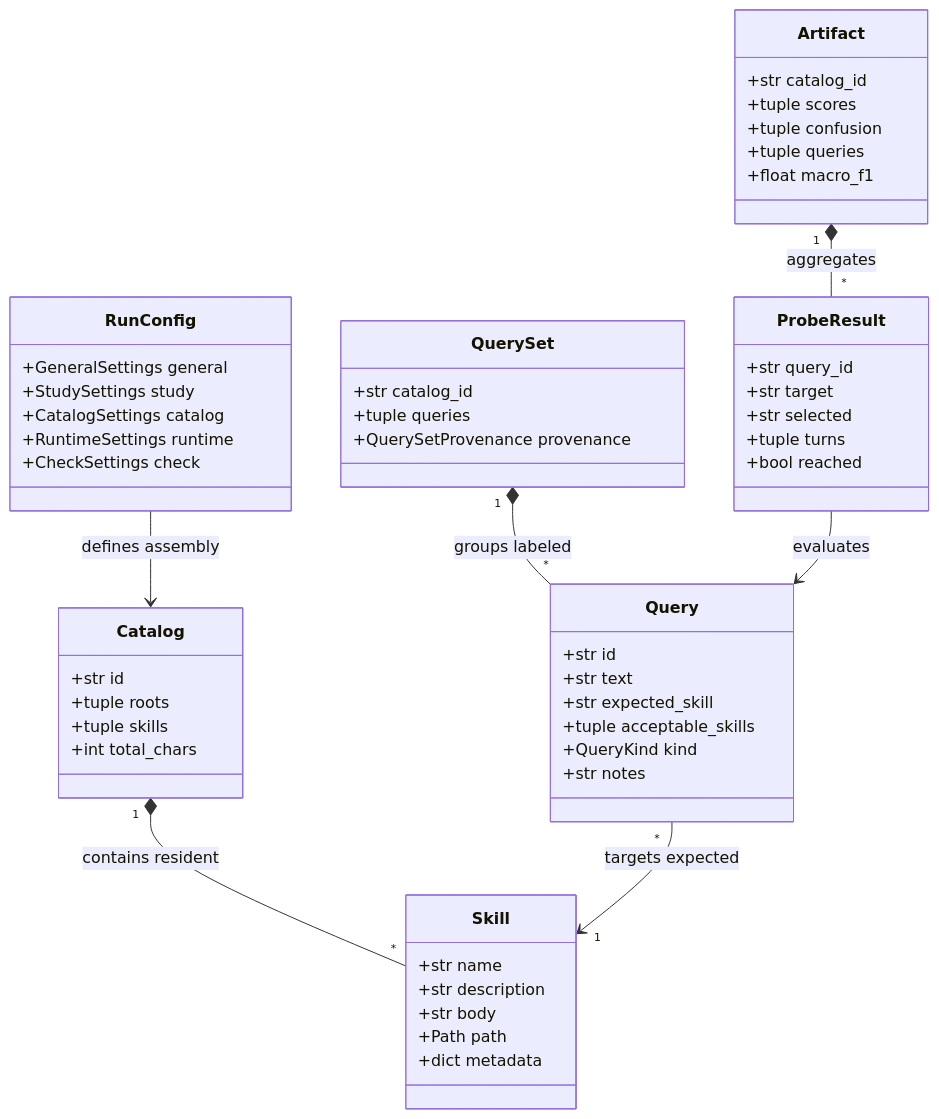
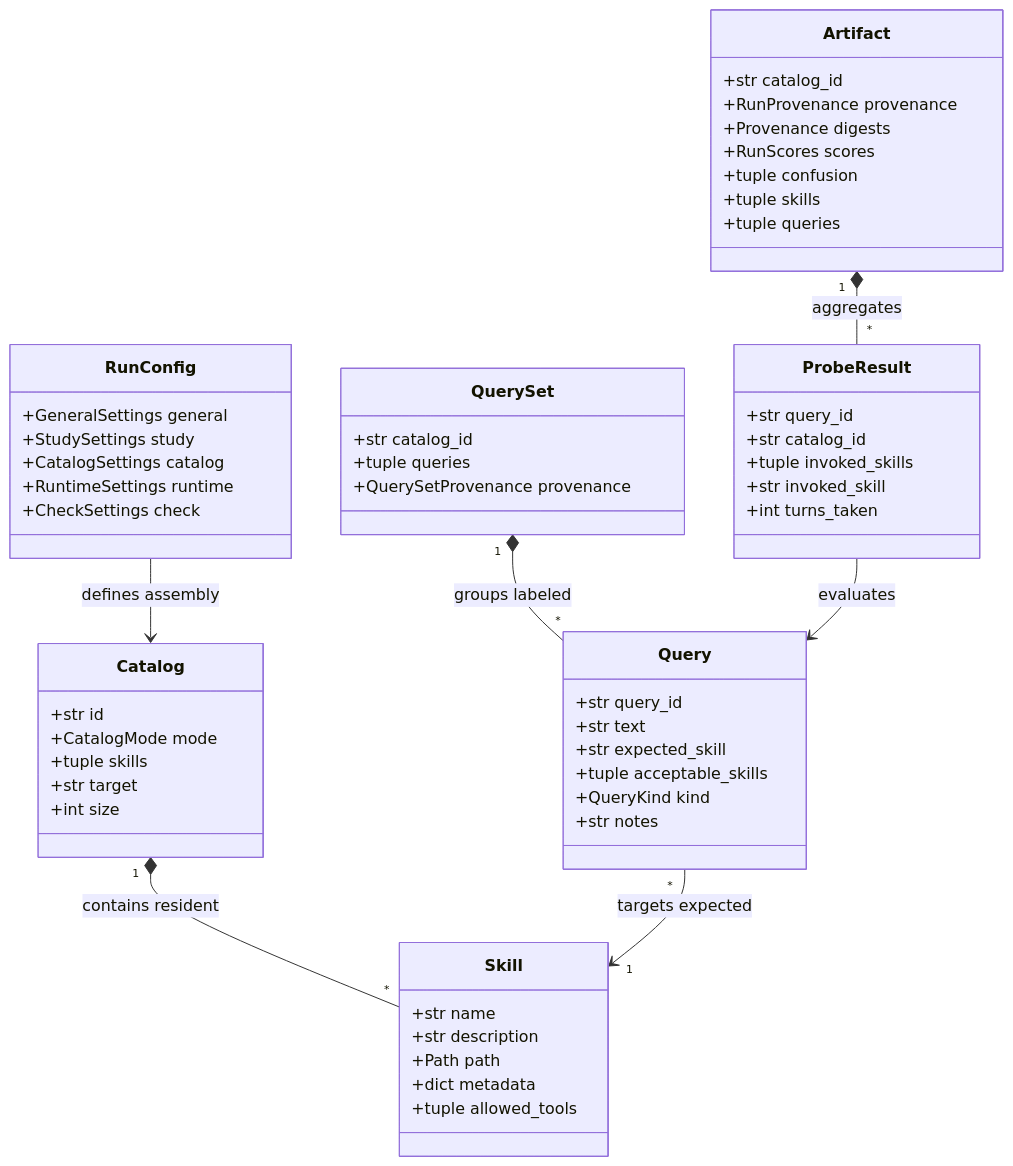
The diagram in docs/concepts/how-it-works.md (google/skill-reach), drawn with Mermaid before and after one commit. The commit also changed other lines of this file and 35 other files, not shown here.

````diff
--- a/docs/concepts/how-it-works.md
+++ b/docs/concepts/how-it-works.md
@@ -11,57 +11,60 @@
 ```mermaid
 classDiagram
     class Skill {
         +str name
         +str description
-        +str body
         +Path path
         +dict metadata
+        +tuple allowed_tools
     }
     class Catalog {
         +str id
-        +tuple roots
+        +CatalogMode mode
         +tuple skills
-        +int total_chars
+        +str target
+        +int size
     }
     class Query {
-        +str id
+        +str query_id
         +str text
         +str expected_skill
         +tuple acceptable_skills
         +QueryKind kind
         +str notes
     }
     class QuerySet {
         +str catalog_id
         +tuple queries
         +QuerySetProvenance provenance
     }
     class RunConfig {
         +GeneralSettings general
         +StudySettings study
         +CatalogSettings catalog
         +RuntimeSettings runtime
         +CheckSettings check
     }
     class ProbeResult {
         +str query_id
-        +str target
-        +str selected
-        +tuple turns
-        +bool reached
+        +str catalog_id
+        +tuple invoked_skills
+        +str invoked_skill
+        +int turns_taken
     }
     class Artifact {
         +str catalog_id
-        +tuple scores
+        +RunProvenance provenance
+        +Provenance digests
+        +RunScores scores
         +tuple confusion
+        +tuple skills
         +tuple queries
-        +float macro_f1
     }
 
     Catalog "1" *-- "*" Skill : contains resident
     QuerySet "1" *-- "*" Query : groups labeled
     Query "*" --> "1" Skill : targets expected
     RunConfig --> Catalog : defines assembly
     ProbeResult --> Query : evaluates
     Artifact "1" *-- "*" ProbeResult : aggregates
 ```
````
